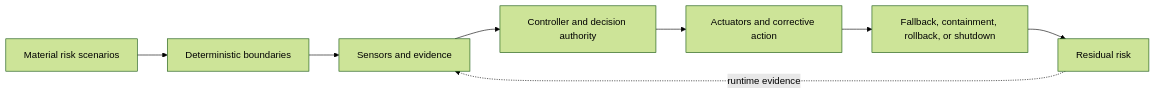
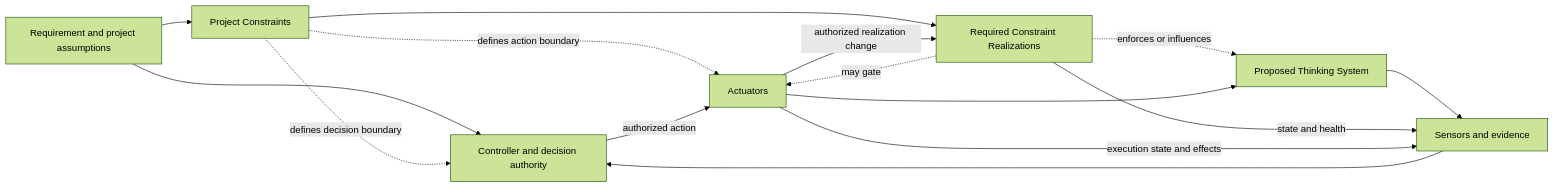
Before and after one commit to UncertaintyArchitectureGroup/uncertainty-architecture: the diagram in 01-patterns/project-control-architecture-and-viability-review-template.md, drawn with Mermaid (forest theme). The commit also changed other lines of this file and 31 other files, not shown here.

First line of the commit message:
Define Constraints and Constraint Realization as first-class control concepts (#32)

````diff
--- a/01-patterns/project-control-architecture-and-viability-review-template.md
+++ b/01-patterns/project-control-architecture-and-viability-review-template.md
@@ -303,13 +220,25 @@
 ```mermaid
 flowchart LR
-    R[Material risk scenarios]
-    B[Deterministic boundaries]
+    R[Requirement and project assumptions]
+    K[Project Constraints]
+    KR[Required Constraint Realizations]
+    P[Proposed Thinking System]
     S[Sensors and evidence]
     C[Controller and decision authority]
-    A[Actuators and corrective action]
-    F[Fallback, containment, rollback, or shutdown]
-    X[Residual risk]
+    A[Actuators]
 
-    R --> B --> S --> C --> A --> F --> X
-    X -. runtime evidence .-> S
+    R --> C
+    R --> K
+    K --> KR
+    K -. defines decision boundary .-> C
+    K -. defines action boundary .-> A
+    KR -. enforces or influences .-> P
+    KR -. may gate .-> A
+    P --> S
+    KR -->|state and health| S
+    A -->|execution state and effects| S
+    S --> C
+    C -->|authorized action| A
+    A --> P
+    A -->|authorized realization change| KR
 ```
````
